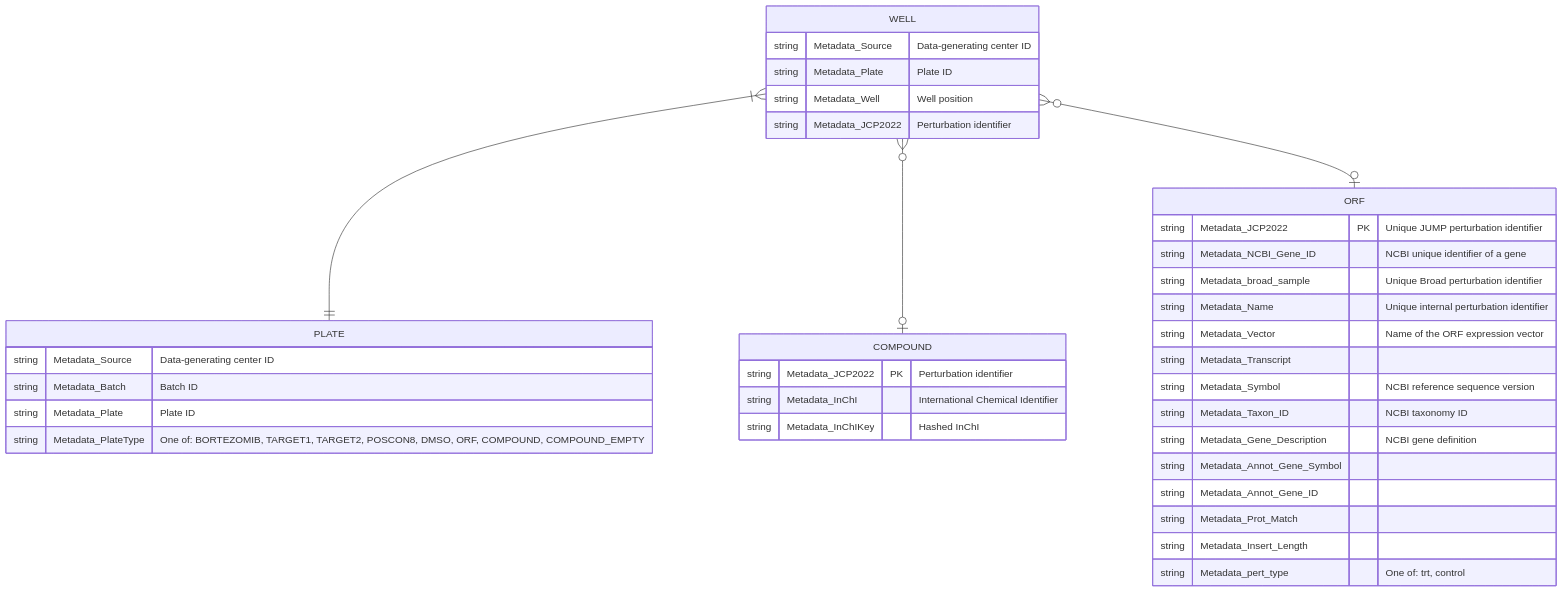
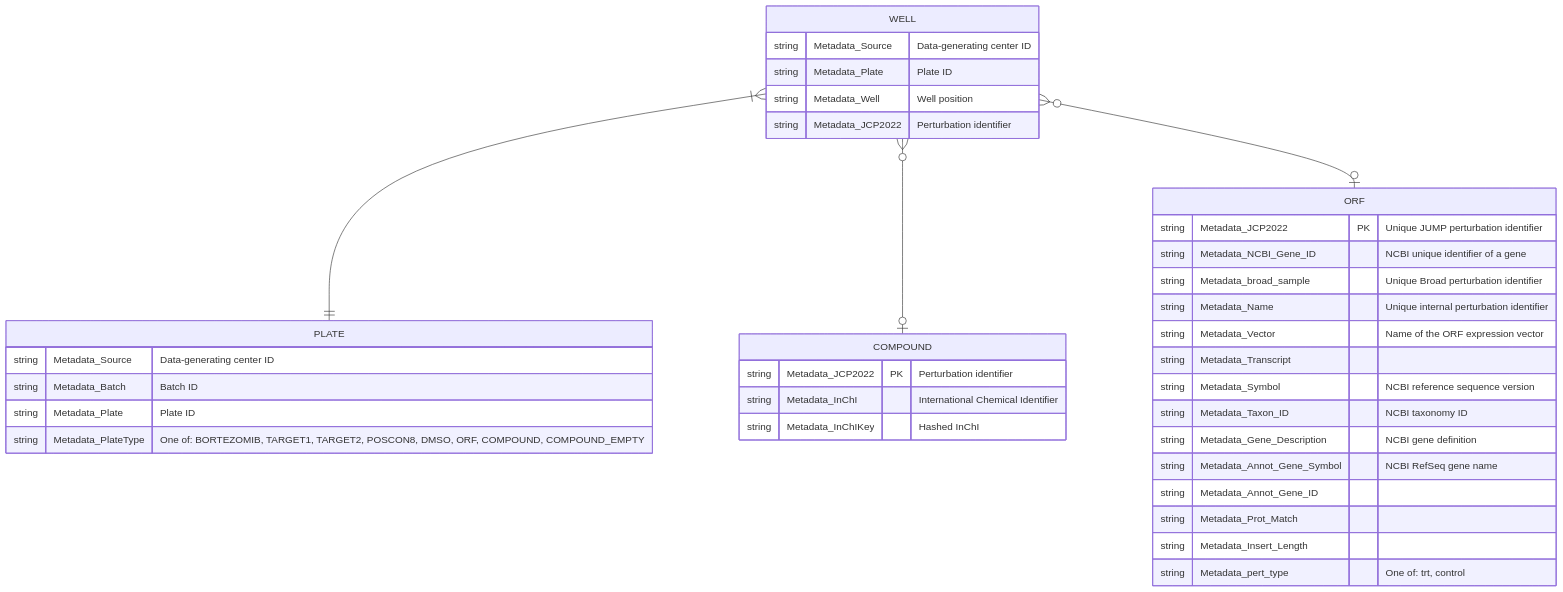
The diagram in metadata/README.md (jump-cellpainting/datasets), drawn with Mermaid before and after one commit.

````diff
--- a/metadata/README.md
+++ b/metadata/README.md
@@ -6,39 +6,39 @@
 ```mermaid
 erDiagram
     WELL }|--|| PLATE : ""
     WELL {
         string Metadata_Source "Data-generating center ID"
         string Metadata_Plate "Plate ID"
         string Metadata_Well "Well position"
         string Metadata_JCP2022 "Perturbation identifier"
     }
     PLATE {
         string Metadata_Source "Data-generating center ID"
         string Metadata_Batch "Batch ID"
         string Metadata_Plate "Plate ID"
         string Metadata_PlateType "One of: BORTEZOMIB, TARGET1, TARGET2, POSCON8, DMSO, ORF, COMPOUND, COMPOUND_EMPTY"
     }
     WELL }o--o| COMPOUND : ""
     COMPOUND {
         string Metadata_JCP2022 PK "Perturbation identifier"
         string Metadata_InChI "International Chemical Identifier"
         string Metadata_InChIKey "Hashed InChI"
     }
     WELL }o--o| ORF : ""
     ORF {
         string Metadata_JCP2022 PK "Unique JUMP perturbation identifier"
         string Metadata_NCBI_Gene_ID "NCBI unique identifier of a gene"
         string Metadata_broad_sample "Unique Broad perturbation identifier"
         string Metadata_Name "Unique internal perturbation identifier"
         string Metadata_Vector "Name of the ORF expression vector"
         string Metadata_Transcript ""
         string Metadata_Symbol "NCBI reference sequence version"
         string Metadata_Taxon_ID "NCBI taxonomy ID"
         string Metadata_Gene_Description "NCBI gene definition"
-        string Metadata_Annot_Gene_Symbol ""
+        string Metadata_Annot_Gene_Symbol "NCBI RefSeq gene name"
         string Metadata_Annot_Gene_ID ""
         string Metadata_Prot_Match ""
         string Metadata_Insert_Length ""
         string Metadata_pert_type "One of: trt, control"
     }
 ```
````
